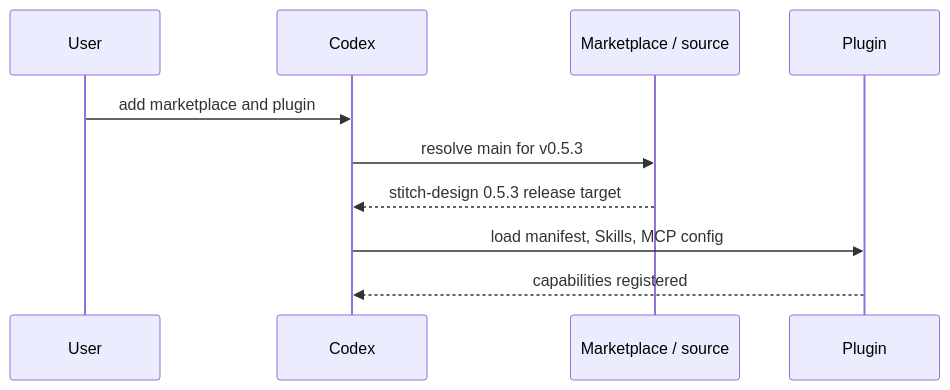
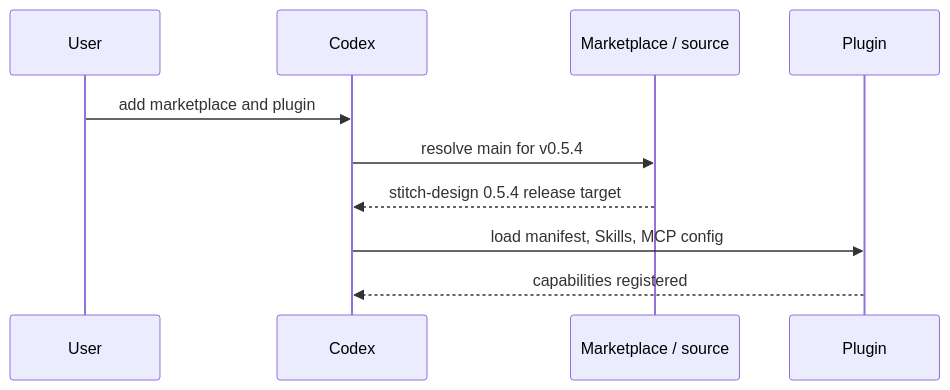
One commit to full-stack-plugins/stitch-design-plugin changed the seventh of 11 diagrams in docs/Stitch-Design-Architecture.md. Above: the diagram before and after it, drawn with Mermaid. The commit also changed other lines of this file and 12 other files, not shown here.

Commit message:
fix: prepare Stitch Design 0.5.4 Windows validation

````diff
--- a/docs/Stitch-Design-Architecture.md
+++ b/docs/Stitch-Design-Architecture.md
@@ -160,12 +160,12 @@
 ```mermaid
 sequenceDiagram
     participant U as User
     participant C as Codex
     participant M as Marketplace / source
     participant P as Plugin
     U->>C: add marketplace and plugin
-    C->>M: resolve main for v0.5.3
-    M-->>C: stitch-design 0.5.3 release target
+    C->>M: resolve main for v0.5.4
+    M-->>C: stitch-design 0.5.4 release target
     C->>P: load manifest, Skills, MCP config
     P-->>C: capabilities registered
 ```
````
